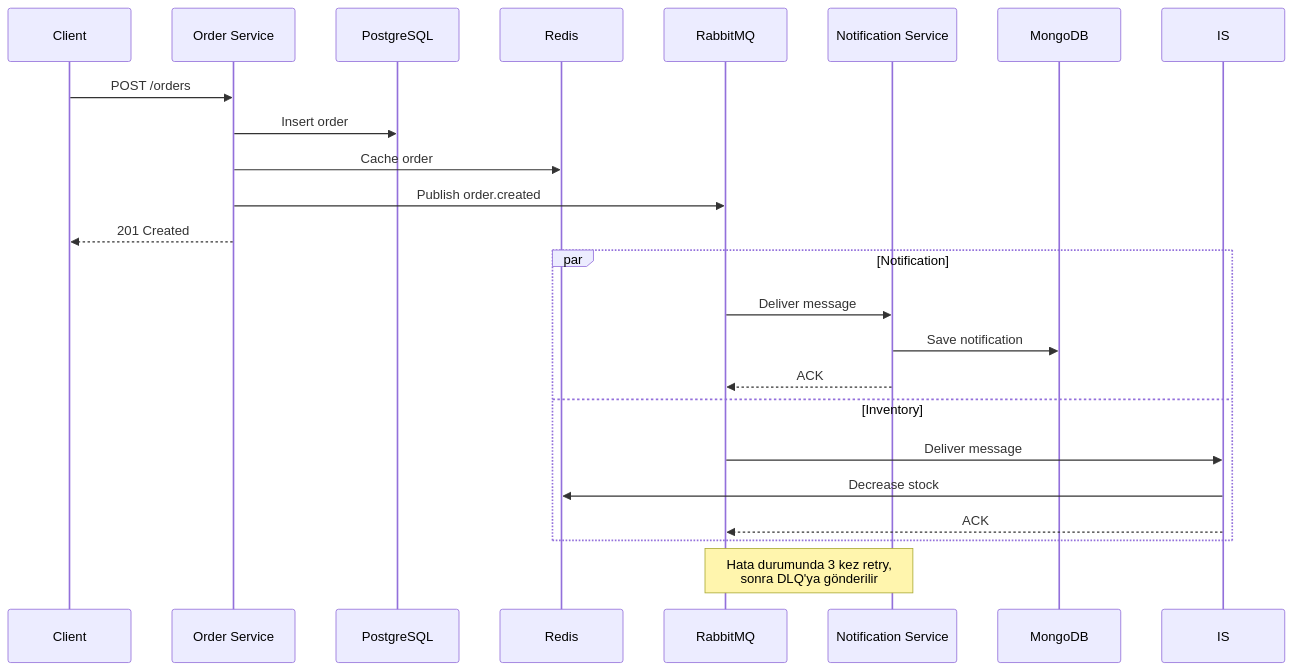
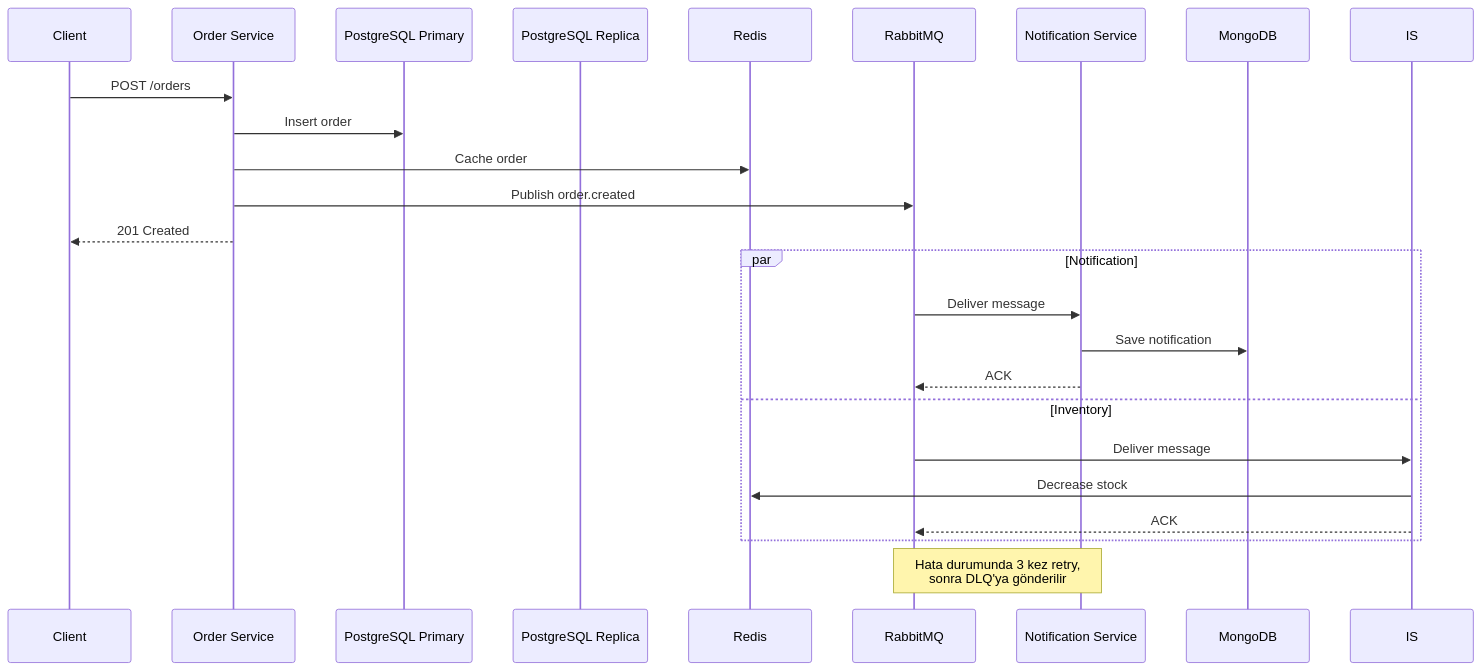
The second of 2 diagrams in README.md (fport/event-driven-ecommerce-api), drawn with Mermaid before and after one commit. The commit also changed other lines of this file and 26 other files, not shown here.

Commit message:
Implement PostgreSQL streaming replication with primary and replica setup in Docker configurations. Update services to utilize read/write splitting for database operations. Enhance shared package with Swagger integration for API documentation. Update README to reflect new architecture and features.

````diff
--- a/README.md
+++ b/README.md
@@ -42,28 +44,29 @@
 ```mermaid
 sequenceDiagram
     participant C as Client
     participant OS as Order Service
-    participant PG as PostgreSQL
+    participant PG as PostgreSQL Primary
+    participant PG_R as PostgreSQL Replica
     participant RD as Redis
     participant RMQ as RabbitMQ
     participant NS as Notification Service
     participant MDB as MongoDB
 
     C->>OS: POST /orders
     OS->>PG: Insert order
     OS->>RD: Cache order
     OS->>RMQ: Publish order.created
     OS-->>C: 201 Created
 
     par Notification
         RMQ->>NS: Deliver message
         NS->>MDB: Save notification
         NS-->>RMQ: ACK
     and Inventory
         RMQ->>IS: Deliver message
         IS->>RD: Decrease stock
         IS-->>RMQ: ACK
     end
 
     Note over NS,RMQ: Hata durumunda 3 kez retry,<br/>sonra DLQ'ya gönderilir
 ```
````
